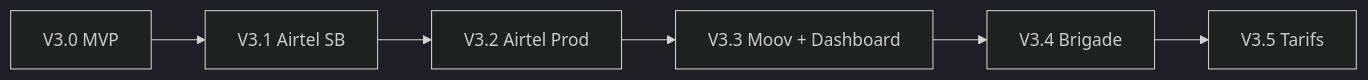
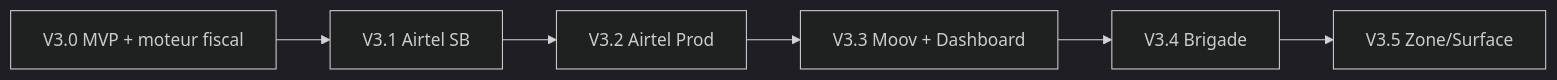
One commit to akieni2/mami.ga changed the second of 2 diagrams in docs/municipality-v3/18_PLAN_DEPLOIEMENT.md. Above: the diagram before and after it, drawn with Mermaid (dark theme). The commit also changed other lines of this file and 63 other files, not shown here.

````diff
--- a/docs/municipality-v3/18_PLAN_DEPLOIEMENT.md
+++ b/docs/municipality-v3/18_PLAN_DEPLOIEMENT.md
@@ -181,8 +192,8 @@
 ```mermaid
 flowchart LR
-    V30[V3.0 MVP] --> V31[V3.1 Airtel SB]
+    V30[V3.0 MVP + moteur fiscal] --> V31[V3.1 Airtel SB]
     V31 --> V32[V3.2 Airtel Prod]
     V32 --> V33[V3.3 Moov + Dashboard]
     V33 --> V34[V3.4 Brigade]
-    V34 --> V35[V3.5 Tarifs]
+    V34 --> V35[V3.5 Zone/Surface]
 ```
````
